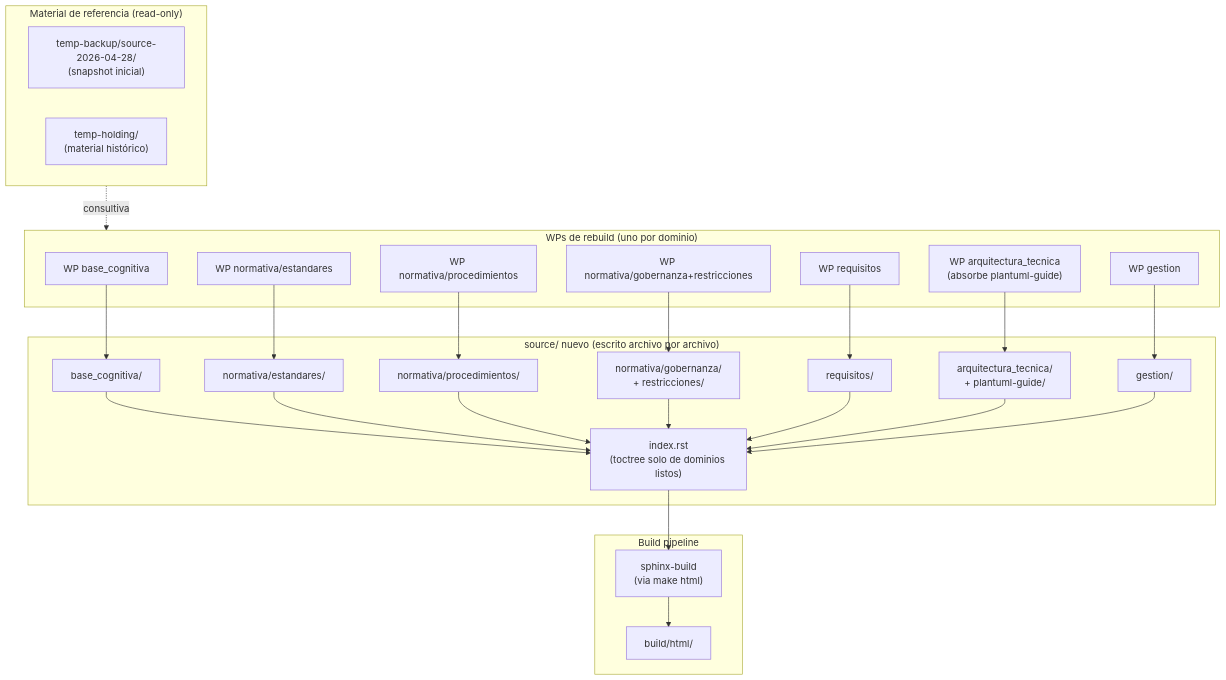
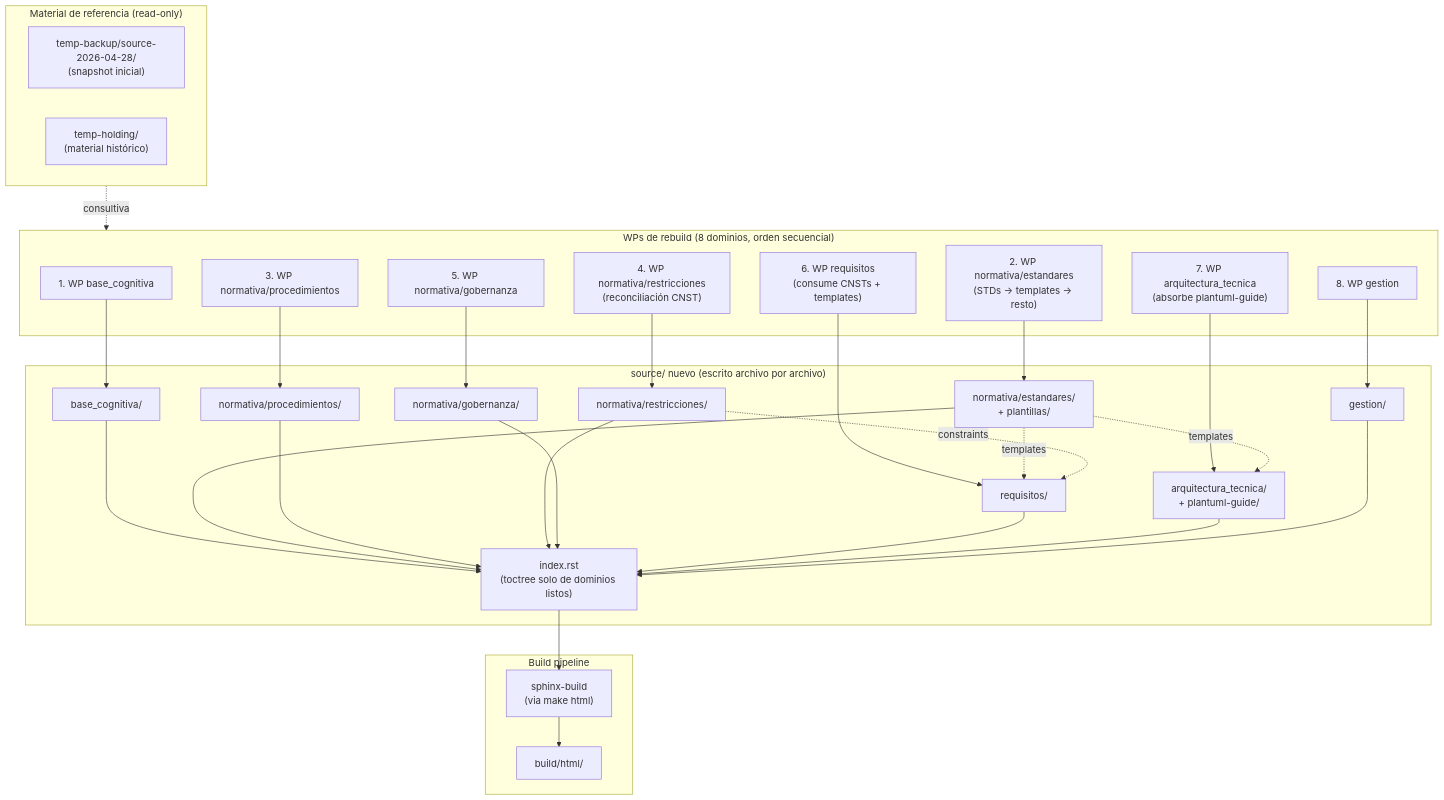
The diagram in .thyrox/context/work/2026-04-28-01-58-08-source-rebuild-strategy/strategy/source-rebuild-strategy-solution-strategy.md (jcg-admin/IACT-docs), drawn with Mermaid before and after one commit. The commit also changed other lines of this file and 3 other files, not shown here.

````diff
--- a/.thyrox/context/work/2026-04-28-01-58-08-source-rebuild-strategy/strategy/source-rebuild-strategy-solution-strategy.md
+++ b/.thyrox/context/work/2026-04-28-01-58-08-source-rebuild-strategy/strategy/source-rebuild-strategy-solution-strategy.md
@@ -286,51 +463,58 @@
 ```mermaid
 graph TB
     subgraph REF["Material de referencia (read-only)"]
         TBKP["temp-backup/source-2026-04-28/<br/>(snapshot inicial)"]
         THLD["temp-holding/<br/>(material histórico)"]
     end
 
-    subgraph WP["WPs de rebuild (uno por dominio)"]
-        WP1["WP base_cognitiva"]
-        WP2["WP normativa/estandares"]
-        WP3["WP normativa/procedimientos"]
-        WP4["WP normativa/gobernanza+restricciones"]
-        WP5["WP requisitos"]
-        WP6["WP arquitectura_tecnica<br/>(absorbe plantuml-guide)"]
-        WP7["WP gestion"]
+    subgraph WP["WPs de rebuild (8 dominios, orden secuencial)"]
+        WP1["1. WP base_cognitiva"]
+        WP2["2. WP normativa/estandares<br/>(STDs → templates → resto)"]
+        WP3["3. WP normativa/procedimientos"]
+        WP4["4. WP normativa/restricciones<br/>(reconciliación CNST)"]
+        WP5["5. WP normativa/gobernanza"]
+        WP6["6. WP requisitos<br/>(consume CNSTs + templates)"]
+        WP7["7. WP arquitectura_tecnica<br/>(absorbe plantuml-guide)"]
+        WP8["8. WP gestion"]
     end
 
     subgraph SRC["source/ nuevo (escrito archivo por archivo)"]
         BC["base_cognitiva/"]
-        NE["normativa/estandares/"]
+        NE["normativa/estandares/<br/>+ plantillas/"]
         NP["normativa/procedimientos/"]
-        NG["normativa/gobernanza/<br/>+ restricciones/"]
+        NR["normativa/restricciones/"]
+        NG["normativa/gobernanza/"]
         RQ["requisitos/"]
         AT["arquitectura_tecnica/<br/>+ plantuml-guide/"]
         GE["gestion/"]
         IDX["index.rst<br/>(toctree solo de dominios listos)"]
     end
 
     subgraph BUILD["Build pipeline"]
         SPHINX["sphinx-build<br/>(via make html)"]
         HTML["build/html/"]
     end
 
     REF -.consultiva.-> WP
     WP1 --> BC
     WP2 --> NE
     WP3 --> NP
-    WP4 --> NG
-    WP5 --> RQ
-    WP6 --> AT
-    WP7 --> GE
+    WP4 --> NR
+    WP5 --> NG
+    WP6 --> RQ
+    WP7 --> AT
+    WP8 --> GE
+    NE -.templates.-> RQ
+    NE -.templates.-> AT
+    NR -.constraints.-> RQ
     BC --> IDX
     NE --> IDX
     NP --> IDX
+    NR --> IDX
     NG --> IDX
     RQ --> IDX
     AT --> IDX
     GE --> IDX
     IDX --> SPHINX
     SPHINX --> HTML
 ```
````
